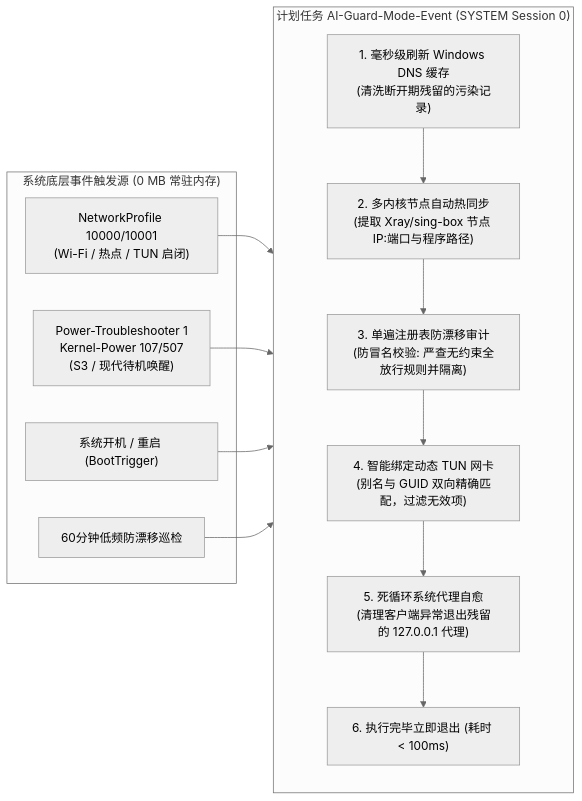
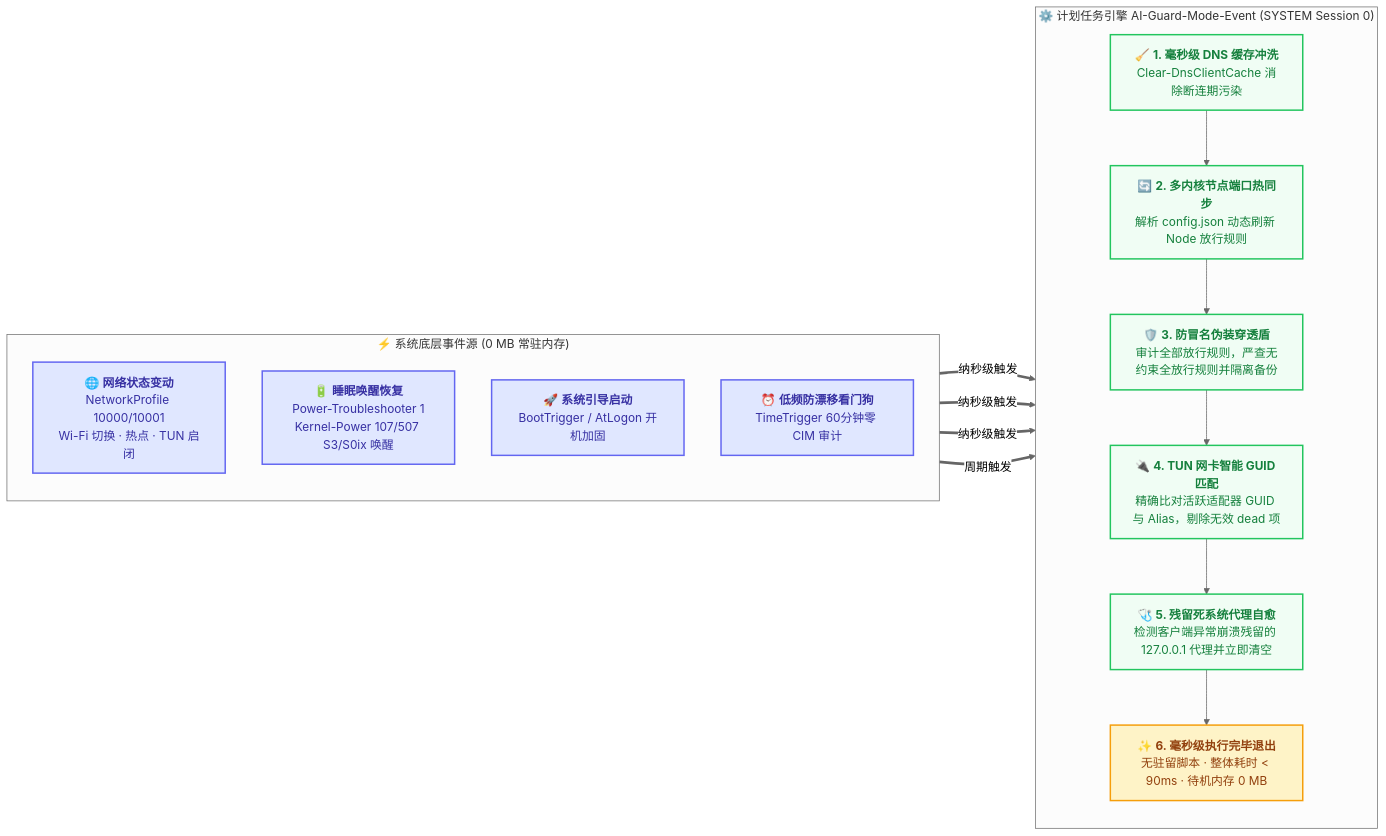
The second of 3 diagrams in README.md (YOIMIYA66/AI-Net-Guard), drawn with Mermaid (neutral theme) before and after one commit. The commit also changed other lines of this file and 1 other file, not shown here.

Commit message:
docs: beautify README and CURRENT-IMPLEMENTATION with modern badges and stylized architecture diagrams

````diff
--- a/README.md
+++ b/README.md
@@ -71,26 +129,31 @@
 ```mermaid
 flowchart LR
-    subgraph TriggerSource["系统底层事件触发源 (0 MB 常驻内存)"]
-        Ev1["NetworkProfile 10000/10001<br/>(Wi-Fi / 热点 / TUN 启闭)"]
-        Ev2["Power-Troubleshooter 1<br/>Kernel-Power 107/507<br/>(S3 / 现代待机唤醒)"]
-        Ev3["系统开机 / 重启 (BootTrigger)"]
-        Ev4["60分钟低频防漂移巡检"]
+    subgraph TRIGGERS ["⚡ 系统底层事件源 (0 MB 常驻内存)"]
+        direction TB
+        Ev1["🌐 <b>网络状态变动</b><br/>NetworkProfile 10000/10001<br/>Wi-Fi 切换 · 热点 · TUN 启闭"]:::trigger
+        Ev2["🔋 <b>睡眠唤醒恢复</b><br/>Power-Troubleshooter 1<br/>Kernel-Power 107/507 S3/S0ix 唤醒"]:::trigger
+        Ev3["🚀 <b>系统引导启动</b><br/>BootTrigger / AtLogon 开机加固"]:::trigger
+        Ev4["⏰ <b>低频防漂移看门狗</b><br/>TimeTrigger 60分钟零 CIM 审计"]:::trigger
     end
 
-    subgraph EventTask["计划任务 AI-Guard-Mode-Event (SYSTEM Session 0)"]
+    subgraph ENGINE ["⚙️ 计划任务引擎 AI-Guard-Mode-Event (SYSTEM Session 0)"]
         direction TB
-        FlushDNS["1. 毫秒级刷新 Windows DNS 缓存<br/>(清洗断开期残留的污染记录)"]
-        SyncNode["2. 多内核节点自动热同步<br/>(提取 Xray/sing-box 节点 IP:端口与程序路径)"]
-        CheckRogue["3. 单遍注册表防漂移审计<br/>(防冒名校验: 严查无约束全放行规则并隔离)"]
-        CheckTUN["4. 智能绑定动态 TUN 网卡<br/>(别名与 GUID 双向精确匹配，过滤无效项)"]
-        HealProxy["5. 死循环系统代理自愈<br/>(清理客户端异常退出残留的 127.0.0.1 代理)"]
-        ExitTask["6. 执行完毕立即退出 (耗时 &lt; 100ms)"]
+        Step1["🧹 <b>1. 毫秒级 DNS 缓存冲洗</b><br/>Clear-DnsClientCache 消除断连期污染"]:::task
+        Step2["🔄 <b>2. 多内核节点端口热同步</b><br/>解析 config.json 动态刷新 Node 放行规则"]:::task
+        Step3["🛡️ <b>3. 防冒名伪装穿透盾</b><br/>审计全部放行规则，严查无约束全放行规则并隔离备份"]:::task
+        Step4["🔌 <b>4. TUN 网卡智能 GUID 匹配</b><br/>精确比对活跃适配器 GUID 与 Alias，剔除无效 dead 项"]:::task
+        Step5["🩺 <b>5. 残留死系统代理自愈</b><br/>检测客户端异常崩溃残留的 127.0.0.1 代理并立即清空"]:::task
+        Step6["✨ <b>6. 毫秒级执行完毕退出</b><br/>无驻留脚本 · 整体耗时 &lt; 90ms · 待机内存 0 MB"]:::finish
 
-        FlushDNS --> SyncNode --> CheckRogue --> CheckTUN --> HealProxy --> ExitTask
+        Step1 --> Step2 --> Step3 --> Step4 --> Step5 --> Step6
     end
 
-    Ev1 --> EventTask
-    Ev2 --> EventTask
-    Ev3 --> EventTask
-    Ev4 --> EventTask
+    Ev1 ==>|纳秒级触发| Step1
+    Ev2 ==>|纳秒级触发| Step1
+    Ev3 ==>|纳秒级触发| Step1
+    Ev4 ==>|周期触发| Step1
+
+    classDef trigger fill:#e0e7ff,stroke:#6366f1,stroke-width:2px,color:#3730a3;
+    classDef task fill:#f0fdf4,stroke:#22c55e,stroke-width:2px,color:#15803d;
+    classDef finish fill:#fef3c7,stroke:#f59e0b,stroke-width:2px,color:#92400e;
 ```
````
